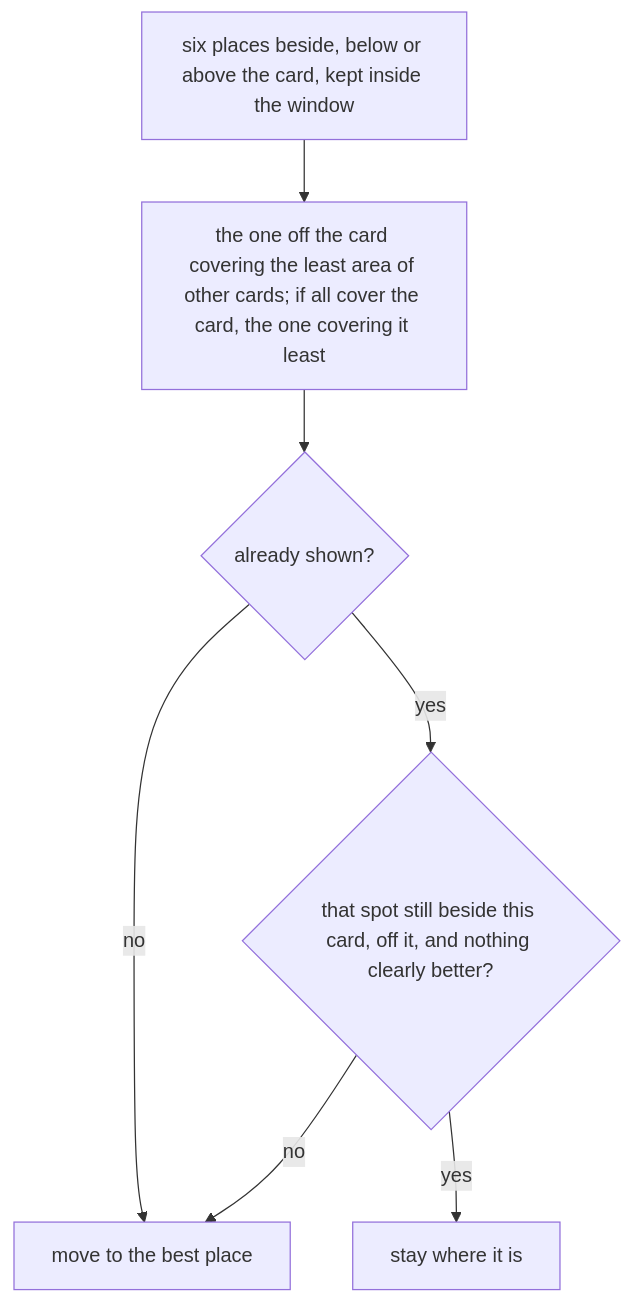
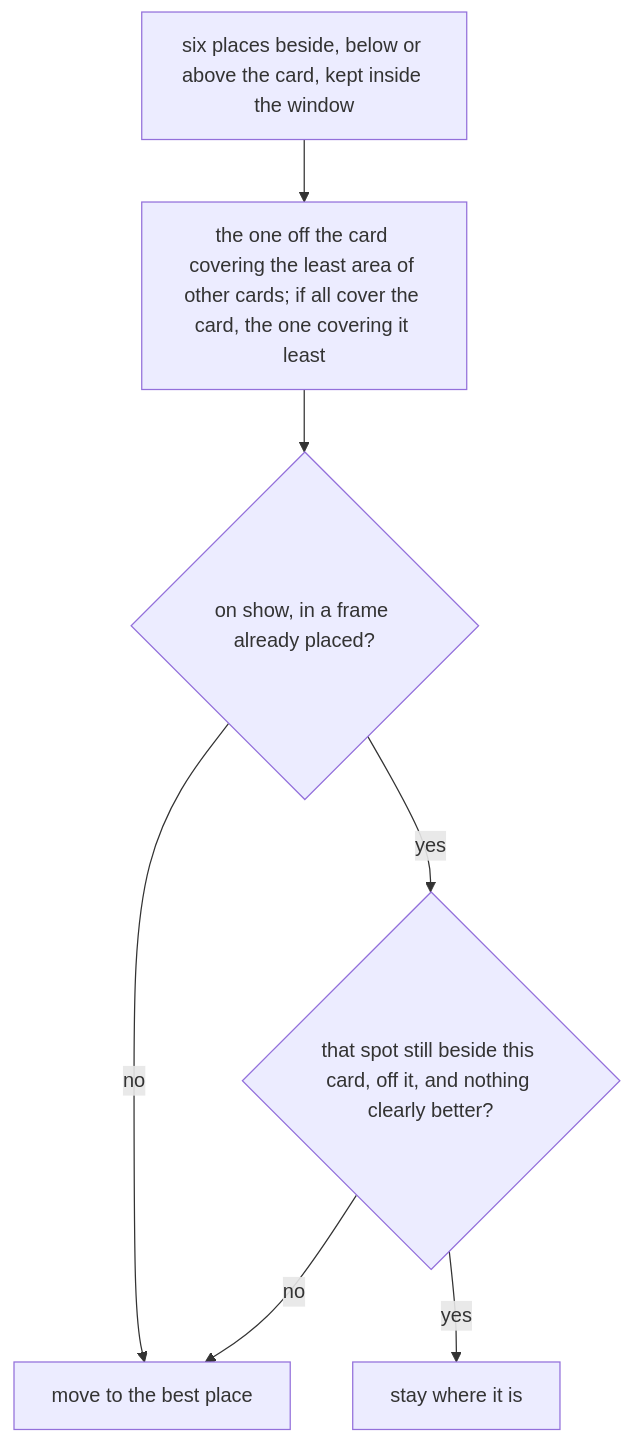
The seventh of 12 diagrams in docs/hover-map.md (ryangswe/kenbunshoku), drawn with Mermaid before and after one commit. The commit also changed other lines of this file and 96 other files, not shown here.

````diff
--- a/docs/hover-map.md
+++ b/docs/hover-map.md
@@ -425,15 +298,15 @@
 ```mermaid
 flowchart TD
   PLACES["six places beside, below or above the card, kept inside the window"]
   BEST["the one off the card covering the least area of other cards; if all cover the card, the one covering it least"]
-  SHOWN{"already shown?"}
+  SHOWN{"on show, in a frame already placed?"}
   STAY{"that spot still beside this card, off it, and nothing clearly better?"}
   HERE["stay where it is"]
   MOVE["move to the best place"]
 
   PLACES --> BEST --> SHOWN
   SHOWN -->|no| MOVE
   SHOWN -->|yes| STAY
   STAY -->|yes| HERE
   STAY -->|no| MOVE
 ```
````
